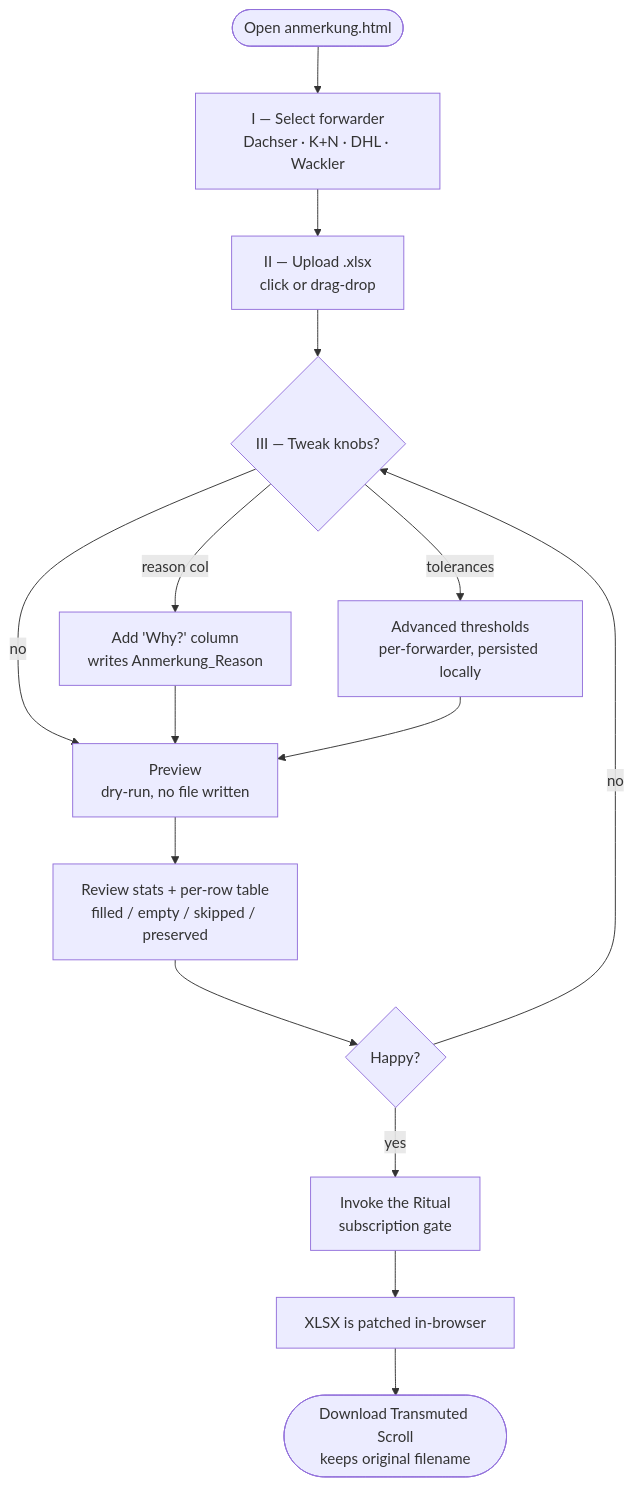
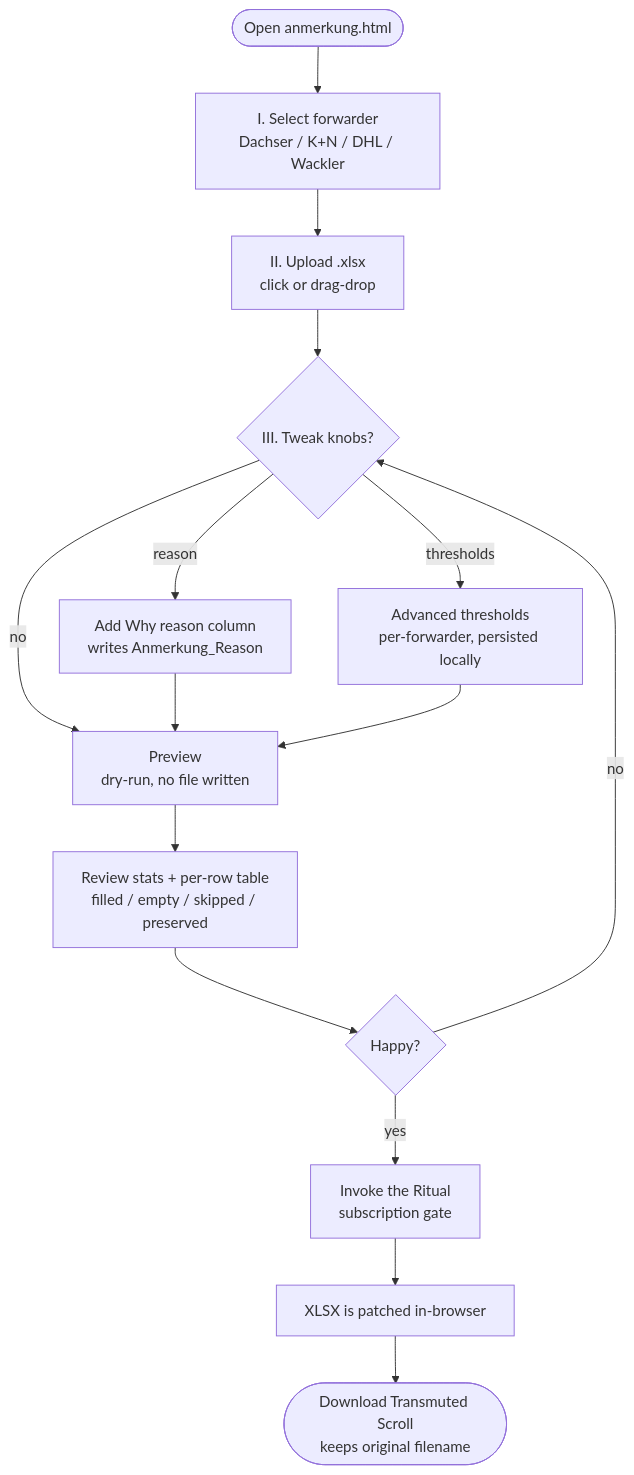
One commit to nicoyogi/vb-code-vault changed the first of 5 diagrams in docs/ANMERKUNG-WORKFLOW.md. Above: the diagram before and after it, drawn with Mermaid. The commit also changed other lines of this file, not shown here.

Commit message:
docs(anmerkung): quote Mermaid node labels so diagrams render on GitHub

````diff
--- a/docs/ANMERKUNG-WORKFLOW.md
+++ b/docs/ANMERKUNG-WORKFLOW.md
@@ -20,17 +20,17 @@
 ```mermaid
 flowchart TD
-  A([Open anmerkung.html]) --> B[I — Select forwarder<br/>Dachser · K+N · DHL · Wackler]
-  B --> C[II — Upload .xlsx<br/>click or drag-drop]
-  C --> D{III — Tweak knobs?}
-  D -- no --> E[Preview<br/>dry-run, no file written]
-  D -- reason col --> D1[Add 'Why?' column<br/>writes Anmerkung_Reason]
-  D -- tolerances --> D2[Advanced thresholds<br/>per-forwarder, persisted locally]
+  A(["Open anmerkung.html"]) --> B["I. Select forwarder<br/>Dachser / K+N / DHL / Wackler"]
+  B --> C["II. Upload .xlsx<br/>click or drag-drop"]
+  C --> D{"III. Tweak knobs?"}
+  D -- no --> E["Preview<br/>dry-run, no file written"]
+  D -- reason --> D1["Add Why reason column<br/>writes Anmerkung_Reason"]
+  D -- thresholds --> D2["Advanced thresholds<br/>per-forwarder, persisted locally"]
   D1 --> E
   D2 --> E
-  E --> F[Review stats + per-row table<br/>filled / empty / skipped / preserved]
-  F --> G{Happy?}
+  E --> F["Review stats + per-row table<br/>filled / empty / skipped / preserved"]
+  F --> G{"Happy?"}
   G -- no --> D
-  G -- yes --> H[Invoke the Ritual<br/>subscription gate]
-  H --> I[XLSX is patched in-browser]
-  I --> J([Download Transmuted Scroll<br/>keeps original filename])
+  G -- yes --> H["Invoke the Ritual<br/>subscription gate"]
+  H --> I["XLSX is patched in-browser"]
+  I --> J(["Download Transmuted Scroll<br/>keeps original filename"])
 ```
````
